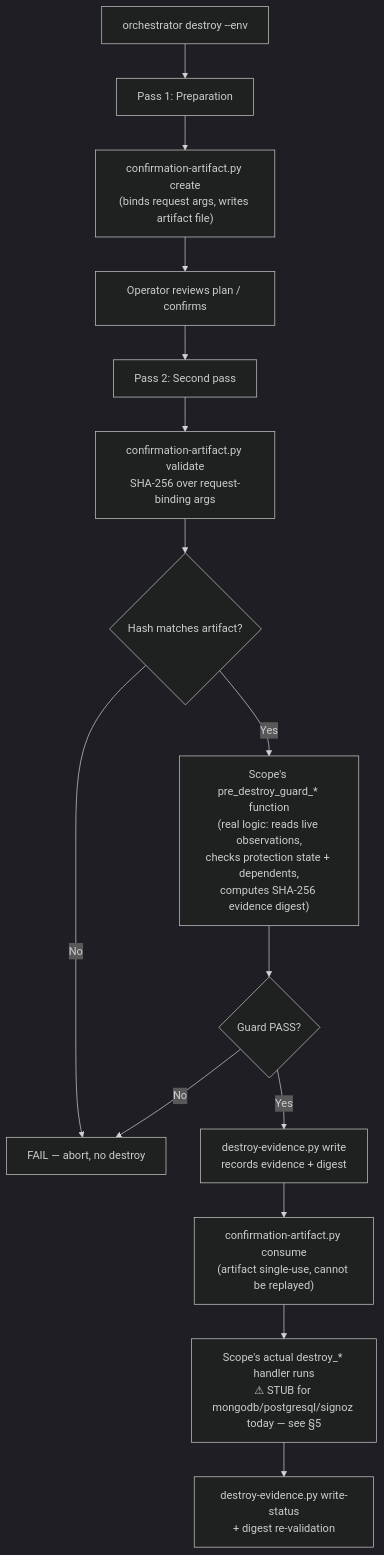
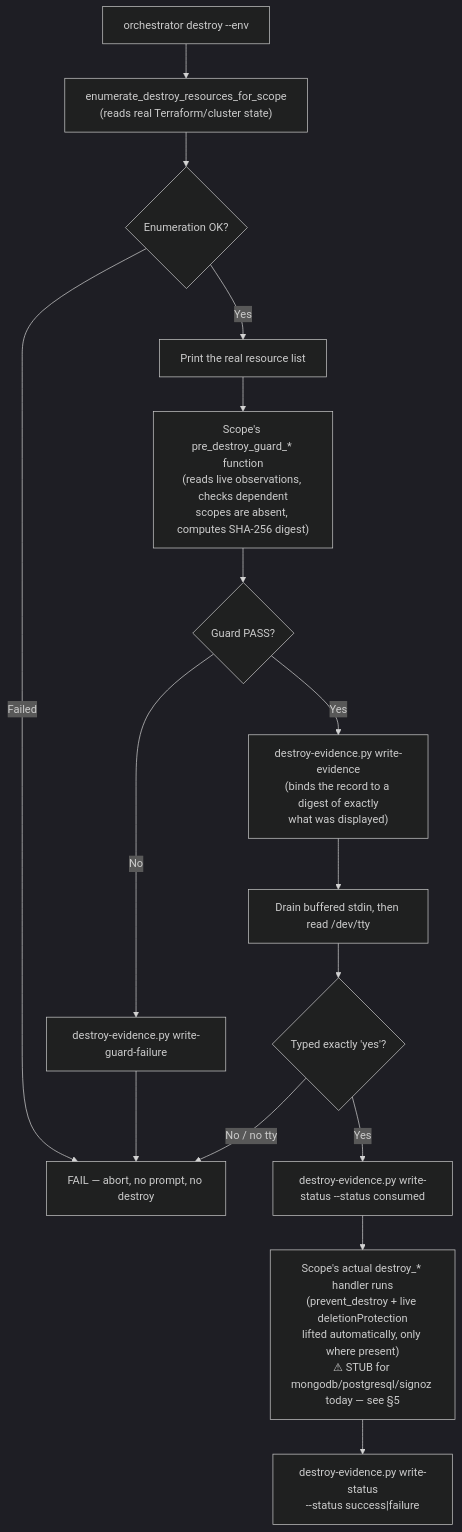
Before and after one commit to sml-global/mongodb: the eighth of 12 diagrams in docs/references/provisioning-flows-and-infra-diagrams.md, drawn with Mermaid (dark theme). The commit also changed other lines of this file and 19 other files, not shown here.

First line of the commit message:
feat(destroy): replace the copy-paste confirmation artifact with an interactive typed-yes gate (#168)

````diff
--- a/docs/references/provisioning-flows-and-infra-diagrams.md
+++ b/docs/references/provisioning-flows-and-infra-diagrams.md
@@ -283,17 +299,17 @@
 ```mermaid
 flowchart TD
-  A["orchestrator destroy --env <env> <scope>"] --> B[Pass 1: Preparation]
-  B --> C["confirmation-artifact.py create<br/>(binds request args, writes artifact file)"]
-  C --> D[Operator reviews plan / confirms]
-  D --> E[Pass 2: Second pass]
-  E --> F["confirmation-artifact.py validate<br/>SHA-256 over request-binding args"]
-  F --> G{Hash matches artifact?}
-  G -->|No| ABORT[FAIL — abort, no destroy]
-  G -->|Yes| H["Scope's pre_destroy_guard_* function<br/>(real logic: reads live observations,<br/>checks protection state + dependents,<br/>computes SHA-256 evidence digest)"]
-  H --> I{Guard PASS?}
-  I -->|No| ABORT
-  I -->|Yes| J["destroy-evidence.py write<br/>records evidence + digest"]
-  J --> K["confirmation-artifact.py consume<br/>(artifact single-use, cannot be replayed)"]
-  K --> L["Scope's actual destroy_* handler runs<br/>⚠ STUB for mongodb/postgresql/signoz today — see §5"]
-  L --> M["destroy-evidence.py write-status<br/>+ digest re-validation"]
+  A["orchestrator destroy --env <env> <scope>"] --> B["enumerate_destroy_resources_for_scope<br/>(reads real Terraform/cluster state)"]
+  B --> C{Enumeration OK?}
+  C -->|Failed| ABORT[FAIL — abort, no prompt, no destroy]
+  C -->|Yes| D["Print the real resource list"]
+  D --> E["Scope's pre_destroy_guard_* function<br/>(reads live observations, checks dependent<br/>scopes are absent, computes SHA-256 digest)"]
+  E --> F{Guard PASS?}
+  F -->|No| G["destroy-evidence.py write-guard-failure"] --> ABORT
+  F -->|Yes| H["destroy-evidence.py write-evidence<br/>(binds the record to a digest of exactly<br/>what was displayed)"]
+  H --> I["Drain buffered stdin, then read /dev/tty"]
+  I --> J{Typed exactly 'yes'?}
+  J -->|No / no tty| ABORT
+  J -->|Yes| K["destroy-evidence.py write-status --status consumed"]
+  K --> L["Scope's actual destroy_* handler runs<br/>(prevent_destroy + live deletionProtection<br/>lifted automatically, only where present)<br/>⚠ STUB for mongodb/postgresql/signoz today — see §5"]
+  L --> M["destroy-evidence.py write-status<br/>--status success|failure"]
 ```
````
